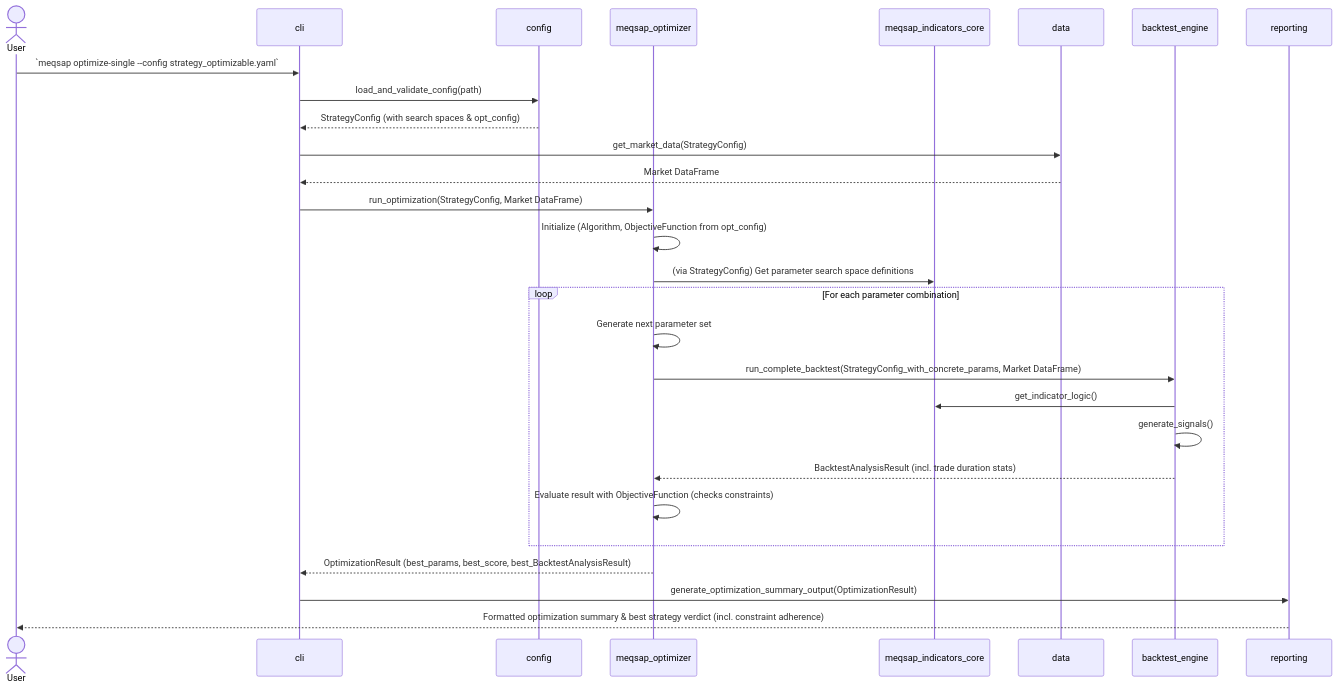
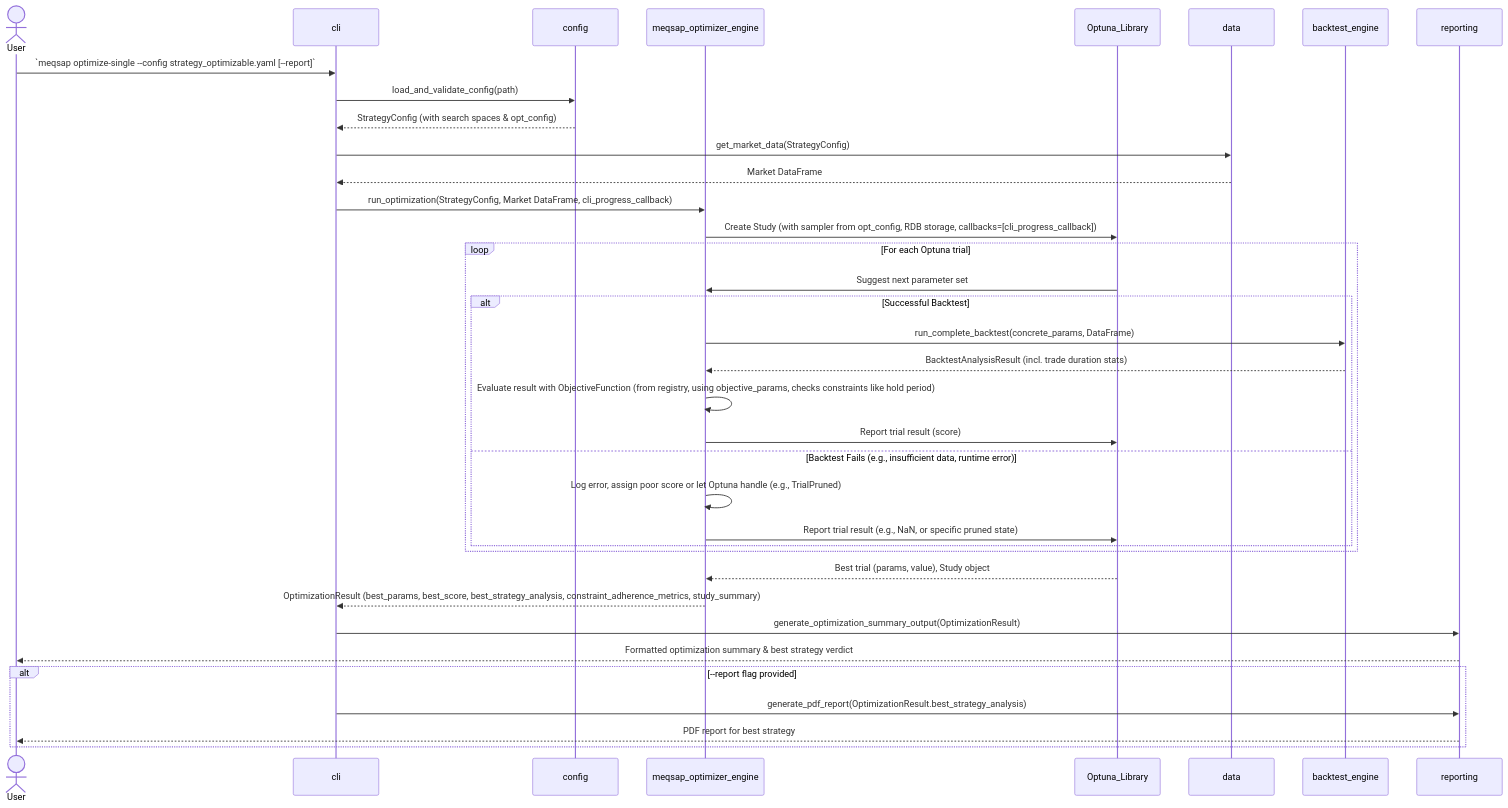
One commit to vijayanajay/simplest changed the fourth of 4 diagrams in docs/architecture.md. Above: the diagram before and after it, drawn with Mermaid. The commit also changed other lines of this file and 6 other files, not shown here.

First line of the commit message:
Refactor optimization progress reporting and error handling

````diff
--- a/docs/architecture.md
+++ b/docs/architecture.md
@@ -345,36 +317,45 @@
 ```mermaid
 sequenceDiagram
     actor User
     participant CLI as cli
     participant Config as config
-    participant Optimizer as meqsap_optimizer
-    participant IndicatorsCore as meqsap_indicators_core
+    participant Optimizer as meqsap_optimizer_engine
+    participant OptunaLib as Optuna_Library
     participant Data as data
     participant Backtest as backtest_engine
     participant Reporting as reporting
 
-    User->>CLI: `meqsap optimize-single --config strategy_optimizable.yaml`
-    CLI->>Config: load_and_validate_config(path) # Loads strategy_params (search spaces) & optimization_config
+    User->>CLI: `meqsap optimize-single --config strategy_optimizable.yaml [--report]`
+    CLI->>Config: load_and_validate_config(path)
     Config-->>CLI: StrategyConfig (with search spaces & opt_config)
 
-    CLI->>Data: get_market_data(StrategyConfig) # Fetched once
+    CLI->>Data: get_market_data(StrategyConfig)
     Data-->>CLI: Market DataFrame
     
-    CLI->>Optimizer: run_optimization(StrategyConfig, Market DataFrame) # CLI shows progress from Optimizer
-    Optimizer->>Optimizer: Initialize (Algorithm, ObjectiveFunction from opt_config)
-    Optimizer->>IndicatorsCore: (via StrategyConfig) Get parameter search space definitions
+    CLI->>Optimizer: run_optimization(StrategyConfig, Market DataFrame, cli_progress_callback)
+    Optimizer->>OptunaLib: Create Study (with sampler from opt_config, RDB storage, callbacks=[cli_progress_callback])
     
-    loop For each parameter combination
-        Optimizer->>Optimizer: Generate next parameter set
-        Optimizer->>Backtest: run_complete_backtest(StrategyConfig_with_concrete_params, Market DataFrame) # Optimizer handles errors here
-        Backtest->>IndicatorsCore: get_indicator_logic()
-        Backtest->>Backtest: generate_signals()
-        Backtest-->>Optimizer: BacktestAnalysisResult (incl. trade duration stats)
-        Optimizer->>Optimizer: Evaluate result with ObjectiveFunction (checks constraints)
+    loop For each Optuna trial
+        OptunaLib->>Optimizer: Suggest next parameter set
+        alt Successful Backtest
+            Optimizer->>Backtest: run_complete_backtest(concrete_params, DataFrame)
+            Backtest-->>Optimizer: BacktestAnalysisResult (incl. trade duration stats)
+            Optimizer->>Optimizer: Evaluate result with ObjectiveFunction (from registry, using objective_params, checks constraints like hold period)
+            Optimizer->>OptunaLib: Report trial result (score)
+        else Backtest Fails (e.g., insufficient data, runtime error)
+            Optimizer->>Optimizer: Log error, assign poor score or let Optuna handle (e.g., TrialPruned)
+            Optimizer->>OptunaLib: Report trial result (e.g., NaN, or specific pruned state)
+        end
     end
     
-    Optimizer-->>CLI: OptimizationResult (best_params, best_score, best_BacktestAnalysisResult)
+    OptunaLib-->>Optimizer: Best trial (params, value), Study object
+    Optimizer-->>CLI: OptimizationResult (best_params, best_score, best_strategy_analysis, constraint_adherence_metrics, study_summary)
     
     CLI->>Reporting: generate_optimization_summary_output(OptimizationResult)
-    Reporting-->>User: Formatted optimization summary & best strategy verdict (incl. constraint adherence)
+    Reporting-->>User: Formatted optimization summary & best strategy verdict
+    
+    alt --report flag provided
+        CLI->>Reporting: generate_pdf_report(OptimizationResult.best_strategy_analysis)
+        Reporting-->>User: PDF report for best strategy
+    end
 ```
````
